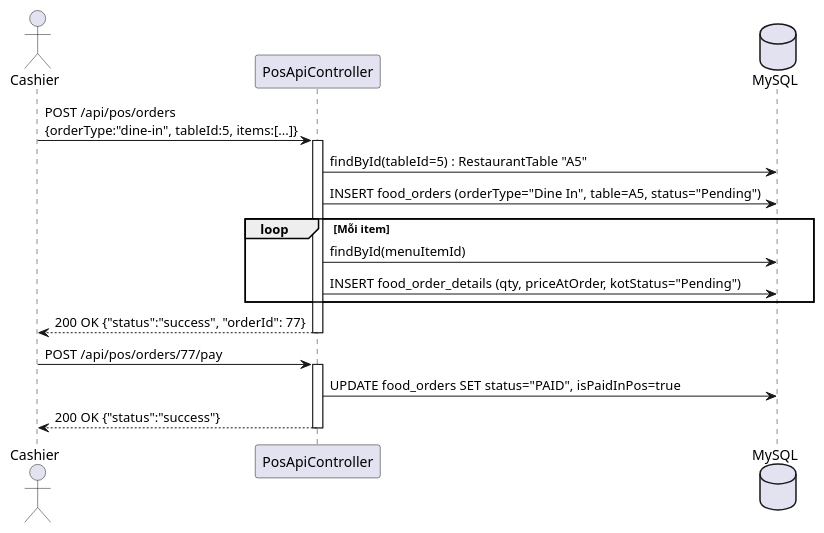
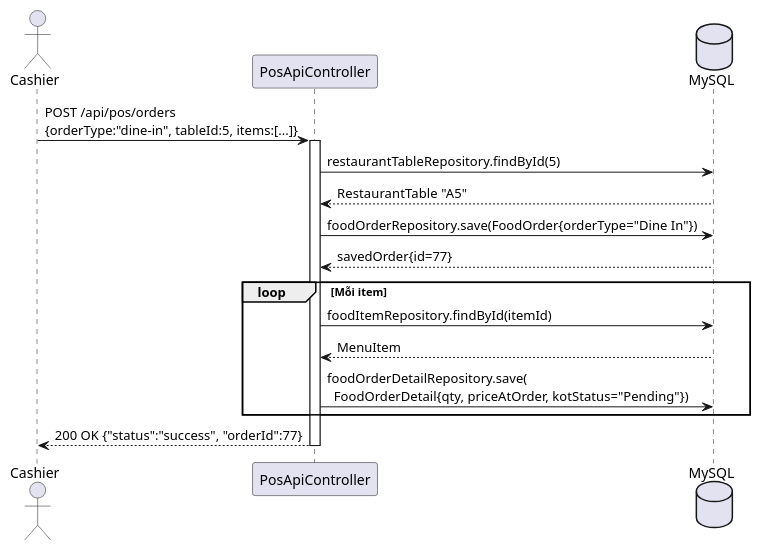
Before and after one commit to Luuxinhxinh/hoanien-resort: the second of 2 diagrams in 06-Testing/mod3_pos/uc16/EDS_uc16_SPEC.md, drawn with PlantUML. The commit also changed other lines of this file and 15 other files, not shown here.

````diff
--- a/06-Testing/mod3_pos/uc16/EDS_uc16_SPEC.md
+++ b/06-Testing/mod3_pos/uc16/EDS_uc16_SPEC.md
@@ -170,24 +210,25 @@
 ```plantuml
-@startuml
+@startuml UC19-Sequence-HappyPath
 actor "Cashier" as C
 participant "PosApiController" as Ctrl
-database MySQL as DB
+database "MySQL" as DB
 
 C -> Ctrl: POST /api/pos/orders\n{orderType:"dine-in", tableId:5, items:[...]}
 activate Ctrl
-Ctrl -> DB: findById(tableId=5) : RestaurantTable "A5"
-Ctrl -> DB: INSERT food_orders (orderType="Dine In", table=A5, status="Pending")
+
+Ctrl -> DB: restaurantTableRepository.findById(5)
+DB --> Ctrl: RestaurantTable "A5"
+
+Ctrl -> DB: foodOrderRepository.save(FoodOrder{orderType="Dine In"})
+DB --> Ctrl: savedOrder{id=77}
+
 loop Mỗi item
-    Ctrl -> DB: findById(menuItemId)
-    Ctrl -> DB: INSERT food_order_details (qty, priceAtOrder, kotStatus="Pending")
+    Ctrl -> DB: foodItemRepository.findById(itemId)
+    DB --> Ctrl: MenuItem
+    Ctrl -> DB: foodOrderDetailRepository.save(\n  FoodOrderDetail{qty, priceAtOrder, kotStatus="Pending"})
 end
-Ctrl --> C: 200 OK {"status":"success", "orderId": 77}
-deactivate Ctrl
 
-C -> Ctrl: POST /api/pos/orders/77/pay
-activate Ctrl
-Ctrl -> DB: UPDATE food_orders SET status="PAID", isPaidInPos=true
-Ctrl --> C: 200 OK {"status":"success"}
+Ctrl --> C: 200 OK {"status":"success", "orderId":77}
 deactivate Ctrl
 @enduml
 ```
````
